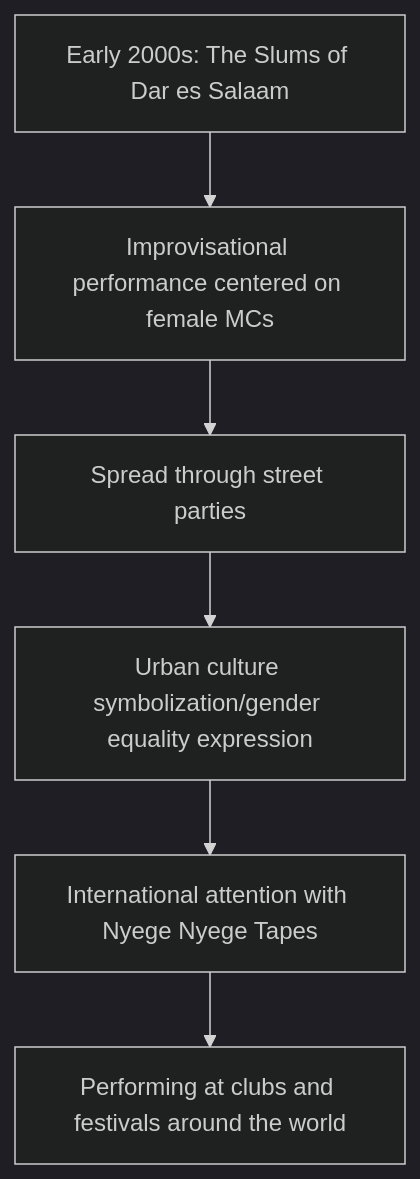
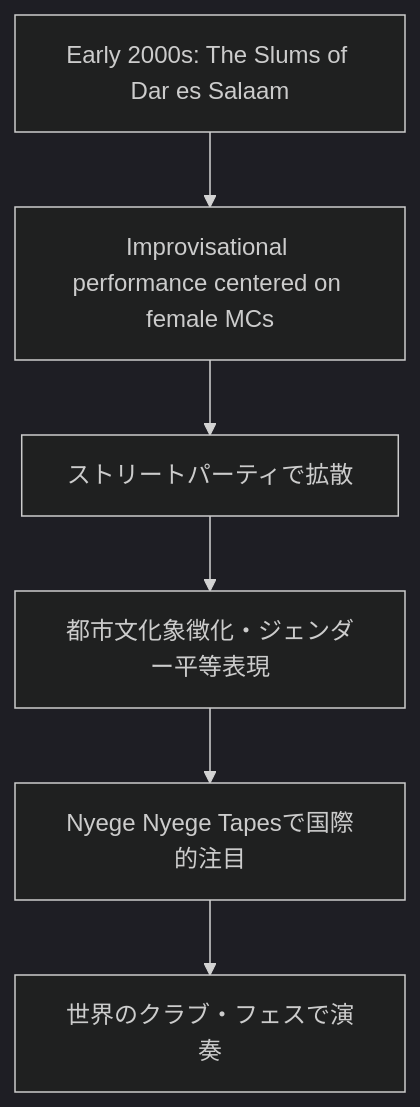
Before and after one commit to monumental-movement/monumental-movement.github.io: the first of 6 diagrams in en/_posts/2025-10-04-Column-Nyege-Nyege.md, drawn with Mermaid (dark theme). The commit also changed other lines of this file and 2196 other files, not shown here.

```diff
--- a/en/_posts/2025-10-04-Column-Nyege-Nyege.md
+++ b/en/_posts/2025-10-04-Column-Nyege-Nyege.md
@@ -101,10 +100,10 @@
 <div class="mermaid">
 
 flowchart TD
     A["Early 2000s: The Slums of Dar es Salaam"] --> B["Improvisational performance centered on female MCs"]
-    B --> C["Spread through street parties"]
-        C --> D["Urban culture symbolization/gender equality expression"]
-    D --> E["International attention with Nyege Nyege Tapes"]
-    E --> F["Performing at clubs and festivals around the world"]
+    B --> C["ストリートパーティで拡散"]
+        C --> D["都市文化象徴化・ジェンダー平等表現"]
+    D --> E["Nyege Nyege Tapesで国際的注目"]
+    E --> F["世界のクラブ・フェスで演奏"]
 
 </div>
```
